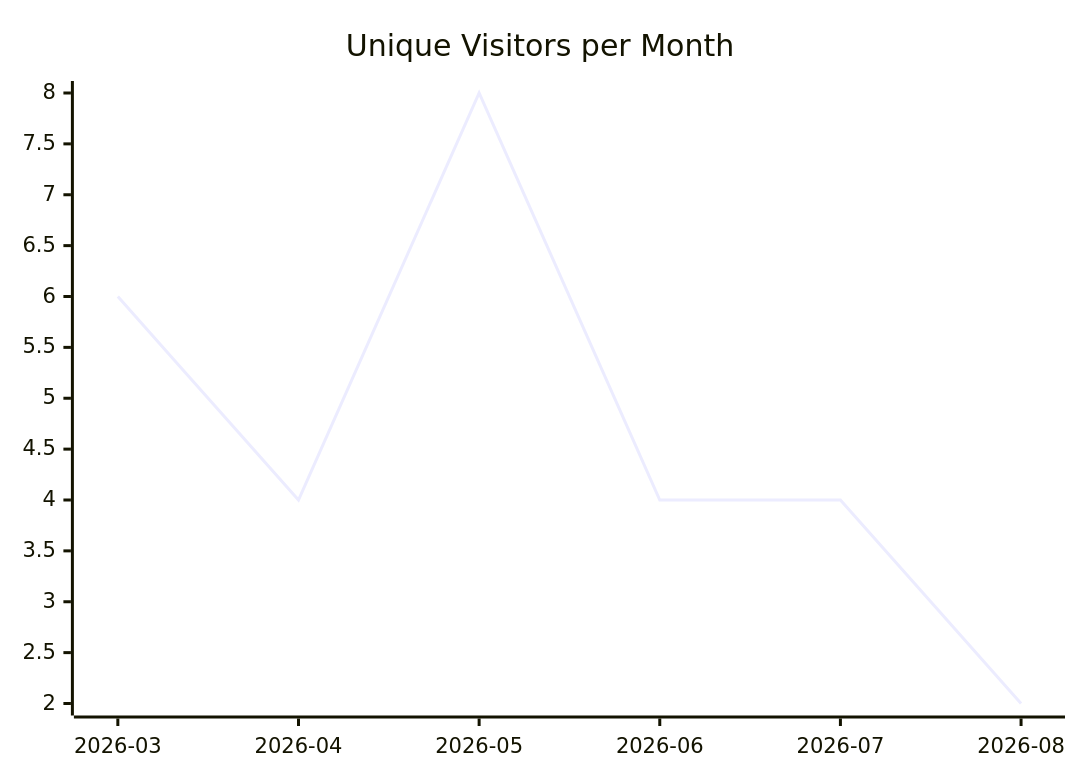
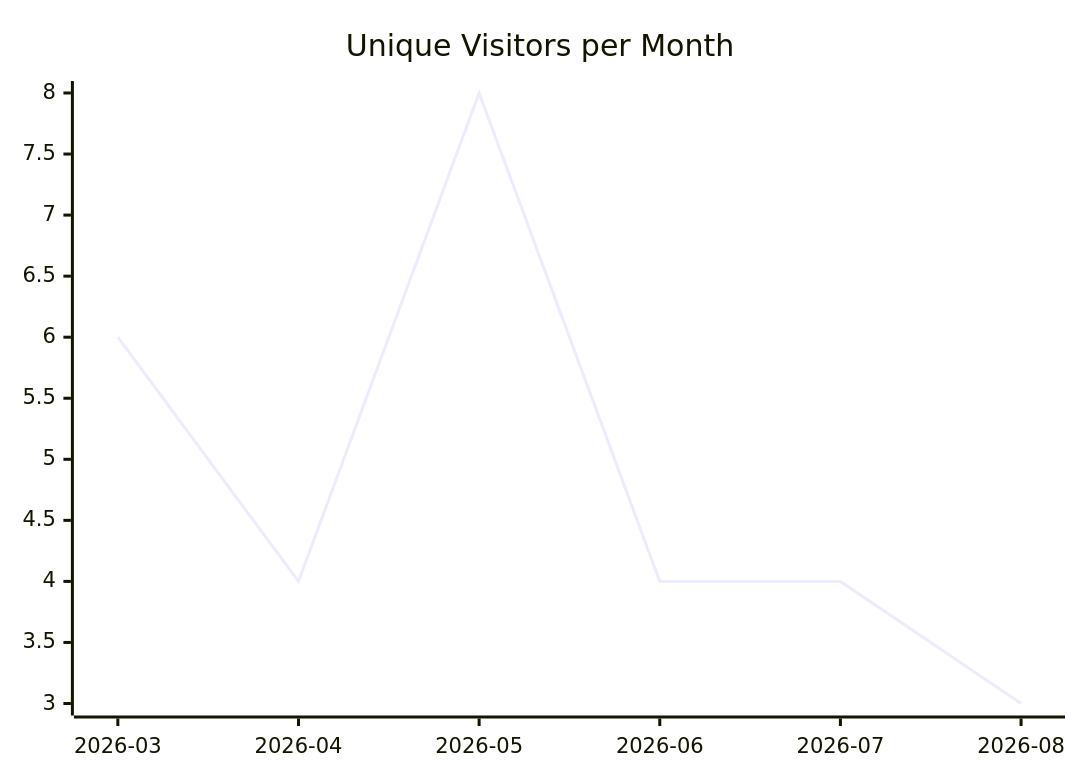
One commit to justdavis-family/github-analytics-data changed the first of 3 diagrams in karlmdavis/xmlpull/README.md. Above: the diagram before and after it, drawn with Mermaid. The commit also changed other lines of this file and 174 other files, not shown here.

````diff
--- a/karlmdavis/xmlpull/README.md
+++ b/karlmdavis/xmlpull/README.md
@@ -5,6 +5,6 @@
 ```mermaid
 xychart-beta
   title "Unique Visitors per Month"
   x-axis ["2026-03", "2026-04", "2026-05", "2026-06", "2026-07", "2026-08"]
-  line [6, 4, 8, 4, 4, 2]
+  line [6, 4, 8, 4, 4, 3]
 ```
````
